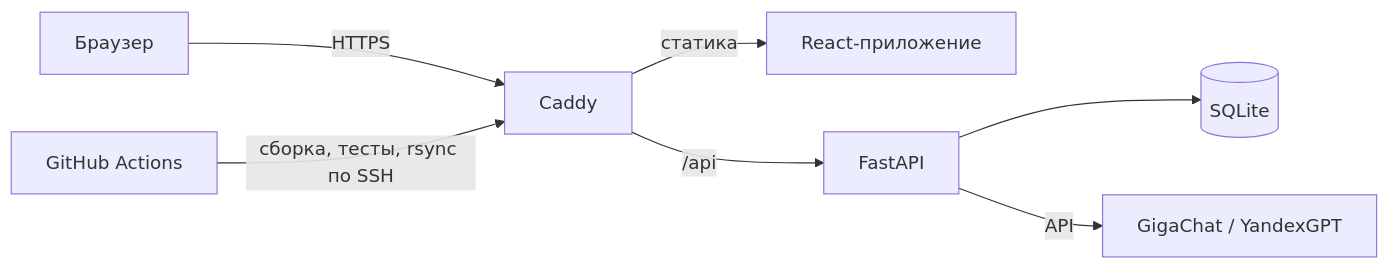
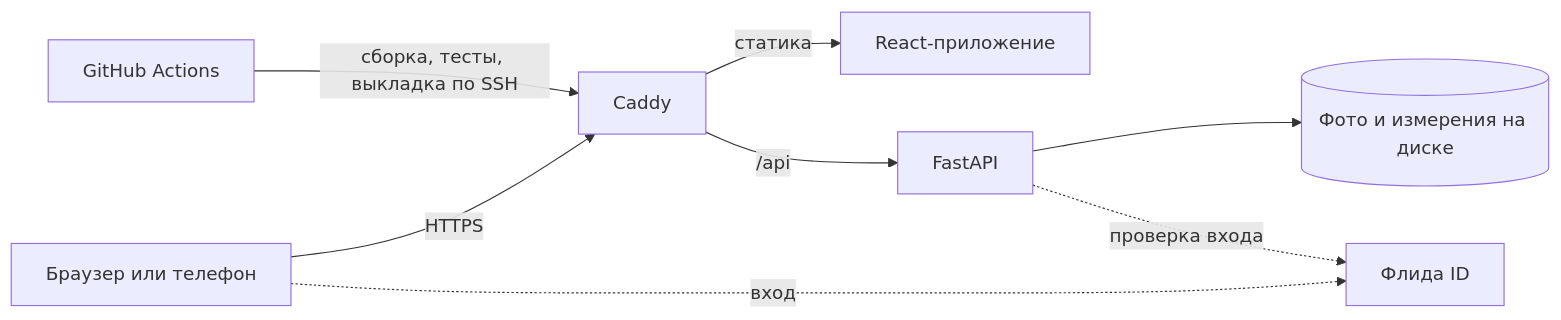
Before and after one commit to plaguedoc000/obninsk-hackathon: the diagram in README.md, drawn with Mermaid. The commit also changed other lines of this file and 13 other files, not shown here.

````diff
--- a/README.md
+++ b/README.md
@@ -24,9 +47,10 @@
 ```mermaid
 flowchart LR
-  U[Браузер] -->|HTTPS| C[Caddy]
+  U[Браузер или телефон] -->|HTTPS| C[Caddy]
   C -->|статика| W[React-приложение]
   C -->|/api| A[FastAPI]
-  A --> D[(SQLite)]
-  A -->|API| L[GigaChat / YandexGPT]
-  G[GitHub Actions] -->|сборка, тесты, rsync по SSH| C
+  A --> F[(Фото и измерения на диске)]
+  U -.->|вход| I[Флида ID]
+  A -.->|проверка входа| I
+  G[GitHub Actions] -->|сборка, тесты, выкладка по SSH| C
 ```
````
